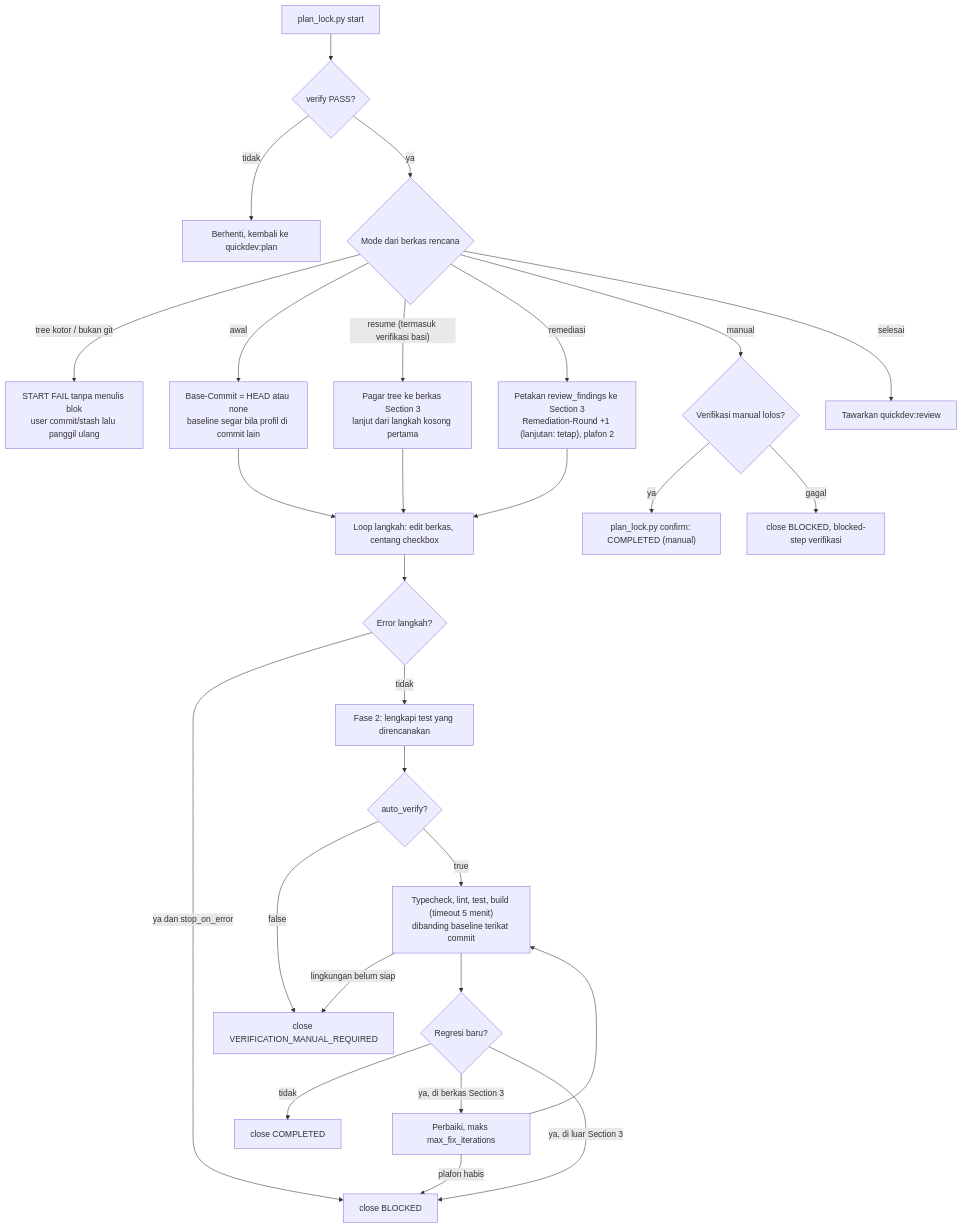
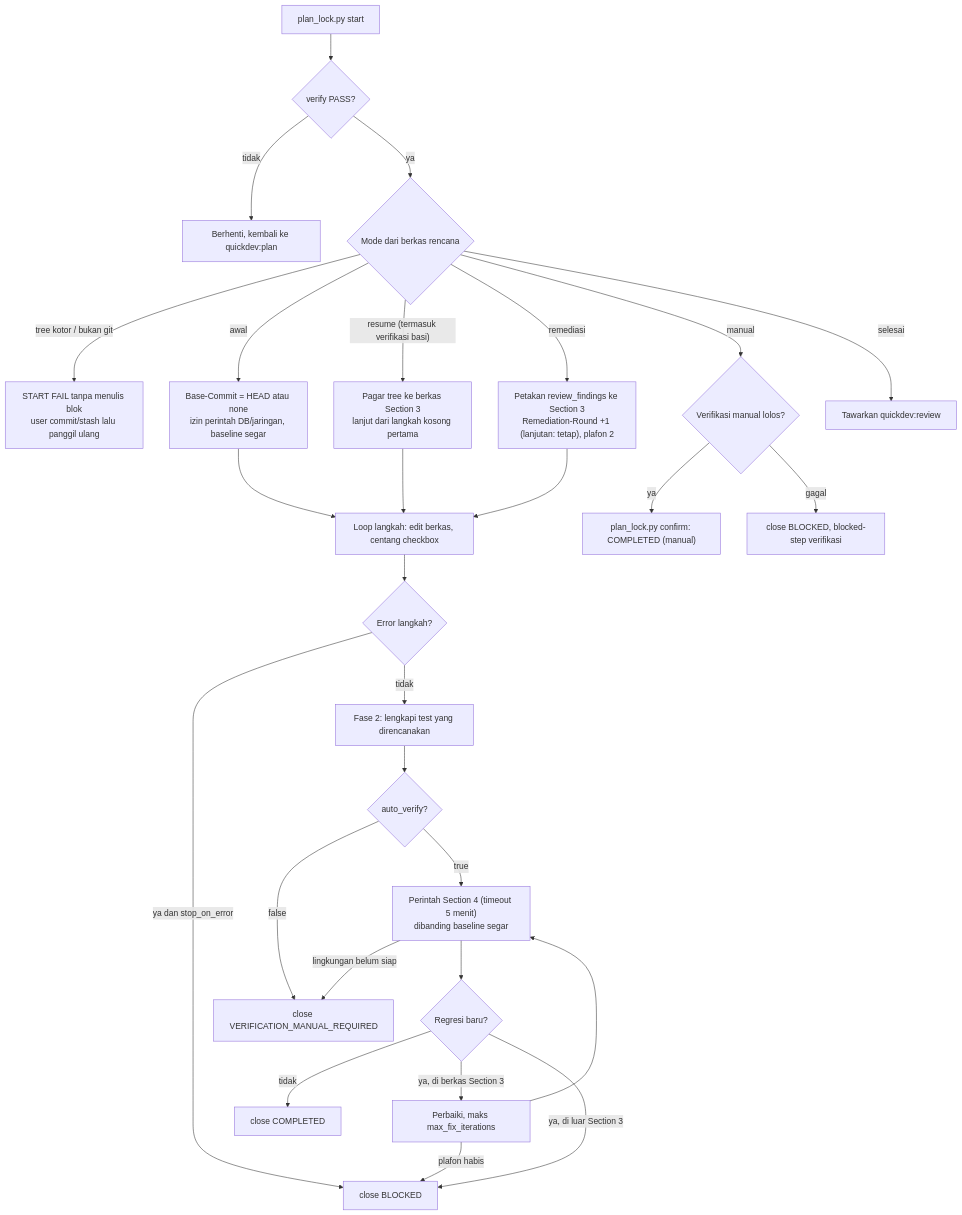
The third of 6 diagrams in flow/quickdev.md (nataflow/agentic-workflow), drawn with Mermaid before and after one commit. The commit also changed other lines of this file and 29 other files, not shown here.

````diff
--- a/flow/quickdev.md
+++ b/flow/quickdev.md
@@ -240,30 +146,30 @@
 ```mermaid
 flowchart TD
     S["plan_lock.py start"] --> V{"verify PASS?"}
     V -->|tidak| F1["Berhenti, kembali ke quickdev:plan"]
     V -->|ya| M{"Mode dari berkas rencana"}
     M -->|"tree kotor / bukan git"| SF["START FAIL tanpa menulis blok<br/>user commit/stash lalu panggil ulang"]
-    M -->|awal| A["Base-Commit = HEAD atau none<br/>baseline segar bila profil di commit lain"]
+    M -->|awal| A["Base-Commit = HEAD atau none<br/>izin perintah DB/jaringan, baseline segar"]
     M -->|"resume (termasuk verifikasi basi)"| R["Pagar tree ke berkas Section 3<br/>lanjut dari langkah kosong pertama"]
     M -->|remediasi| RM["Petakan review_findings ke Section 3<br/>Remediation-Round +1 (lanjutan: tetap), plafon 2"]
     M -->|manual| MN{"Verifikasi manual lolos?"}
     M -->|selesai| SL["Tawarkan quickdev:review"]
     MN -->|ya| CF["plan_lock.py confirm: COMPLETED (manual)"]
     MN -->|gagal| CB["close BLOCKED, blocked-step verifikasi"]
     A --> L["Loop langkah: edit berkas, centang checkbox"]
     R --> L
     RM --> L
     L --> LE{"Error langkah?"}
     LE -->|"ya dan stop_on_error"| BL["close BLOCKED"]
     LE -->|tidak| T["Fase 2: lengkapi test yang direncanakan"]
     T --> VF{"auto_verify?"}
     VF -->|false| VM["close VERIFICATION_MANUAL_REQUIRED"]
-    VF -->|true| RUN["Typecheck, lint, test, build (timeout 5 menit)<br/>dibanding baseline terikat commit"]
+    VF -->|true| RUN["Perintah Section 4 (timeout 5 menit)<br/>dibanding baseline segar"]
     RUN -->|"lingkungan belum siap"| VM
     RUN --> RG{"Regresi baru?"}
     RG -->|tidak| OK["close COMPLETED"]
     RG -->|"ya, di berkas Section 3"| FX["Perbaiki, maks max_fix_iterations"]
     FX --> RUN
     FX -->|"plafon habis"| BL
     RG -->|"ya, di luar Section 3"| BL
 ```
````
